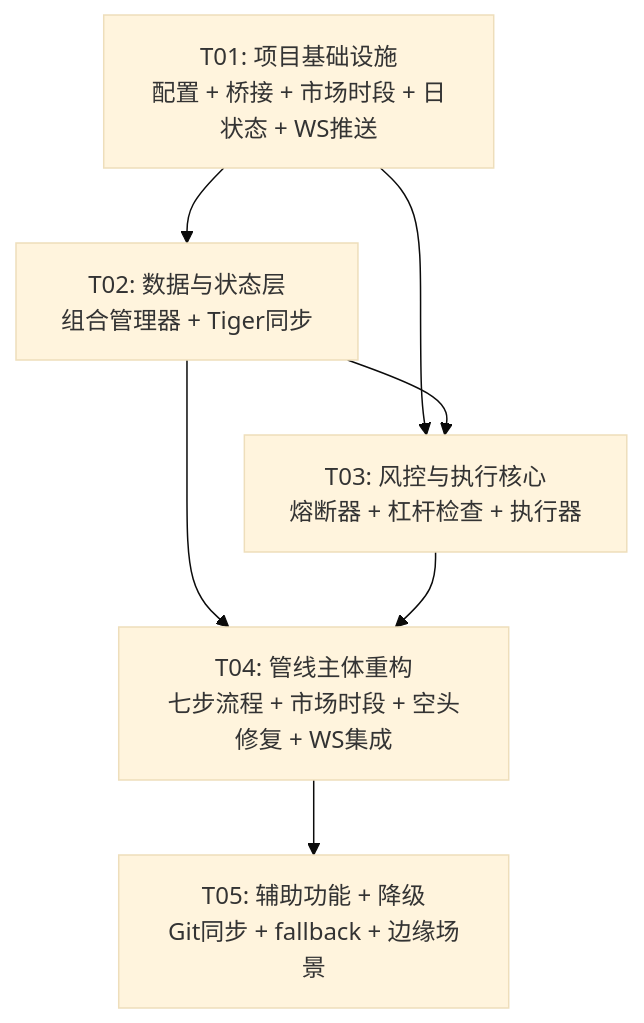
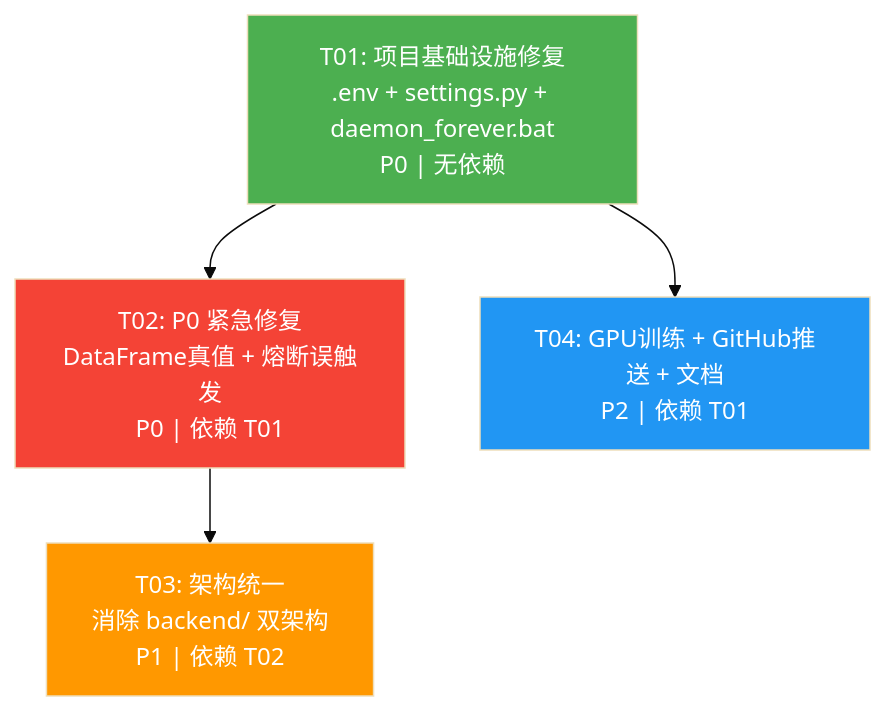
Before and after one commit to AndrewMa1992/quant-ai-trader: the fourth of 4 diagrams in docs/system_design.md, drawn with Mermaid (base theme). The commit also changed other lines of this file and 73 other files, not shown here.

Commit message:
fix(T01): infrastructure - .env placeholders, daemon GPU env, config cleanup

````diff
--- a/docs/system_design.md
+++ b/docs/system_design.md
@@ -602,15 +569,16 @@
 ```mermaid
 graph TD
-    T01[T01: 项目基础设施<br/>配置 + 桥接 + 市场时段 + 日状态 + WS推送]
-    T02[T02: 数据与状态层<br/>组合管理器 + Tiger同步]
-    T03[T03: 风控与执行核心<br/>熔断器 + 杠杆检查 + 执行器]
-    T04[T04: 管线主体重构<br/>七步流程 + 市场时段 + 空头修复 + WS集成]
-    T05[T05: 辅助功能 + 降级<br/>Git同步 + fallback + 边缘场景]
+    T01["T01: 项目基础设施修复<br/>.env + settings.py + daemon_forever.bat<br/>P0 | 无依赖"]
+    T02["T02: P0 紧急修复<br/>DataFrame真值 + 熔断误触发<br/>P0 | 依赖 T01"]
+    T03["T03: 架构统一<br/>消除 backend/ 双架构<br/>P1 | 依赖 T02"]
+    T04["T04: GPU训练 + GitHub推送 + 文档<br/>P2 | 依赖 T01"]
 
     T01 --> T02
-    T01 --> T03
+    T01 --> T04
     T02 --> T03
-    T02 --> T04
-    T03 --> T04
-    T04 --> T05
+
+    style T01 fill:#4CAF50,color:#fff
+    style T02 fill:#f44336,color:#fff
+    style T03 fill:#FF9800,color:#fff
+    style T04 fill:#2196F3,color:#fff
 ```
````
